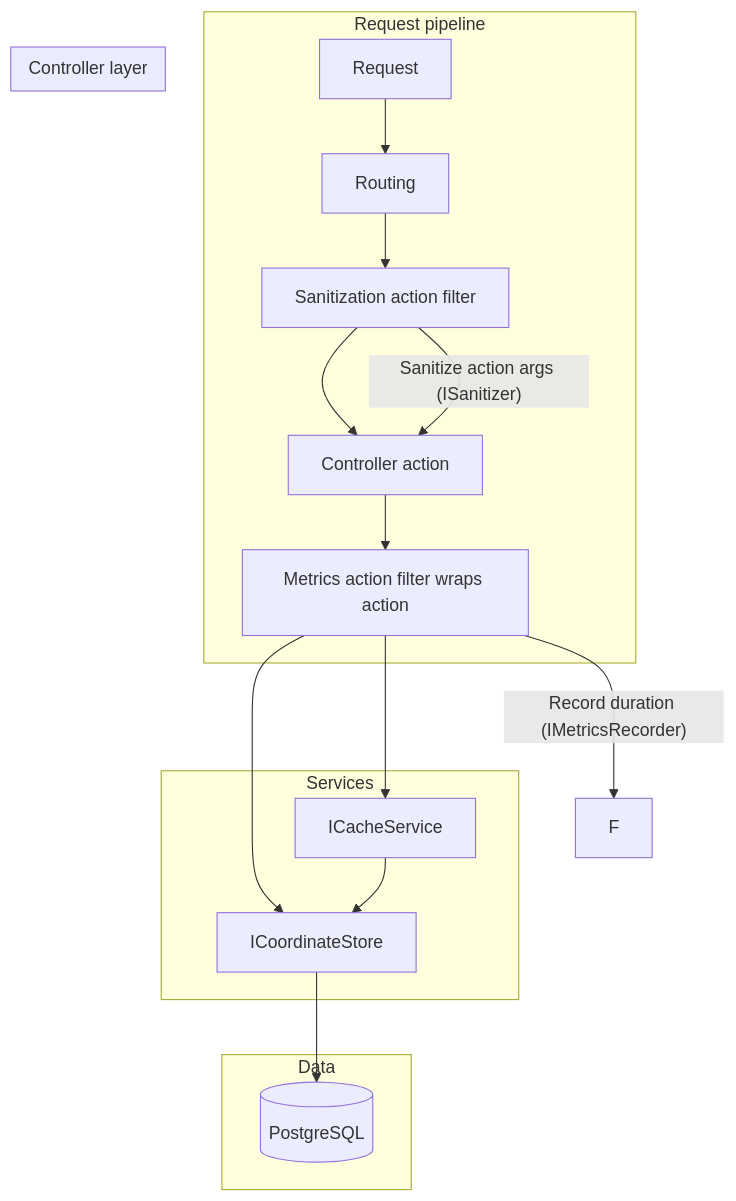
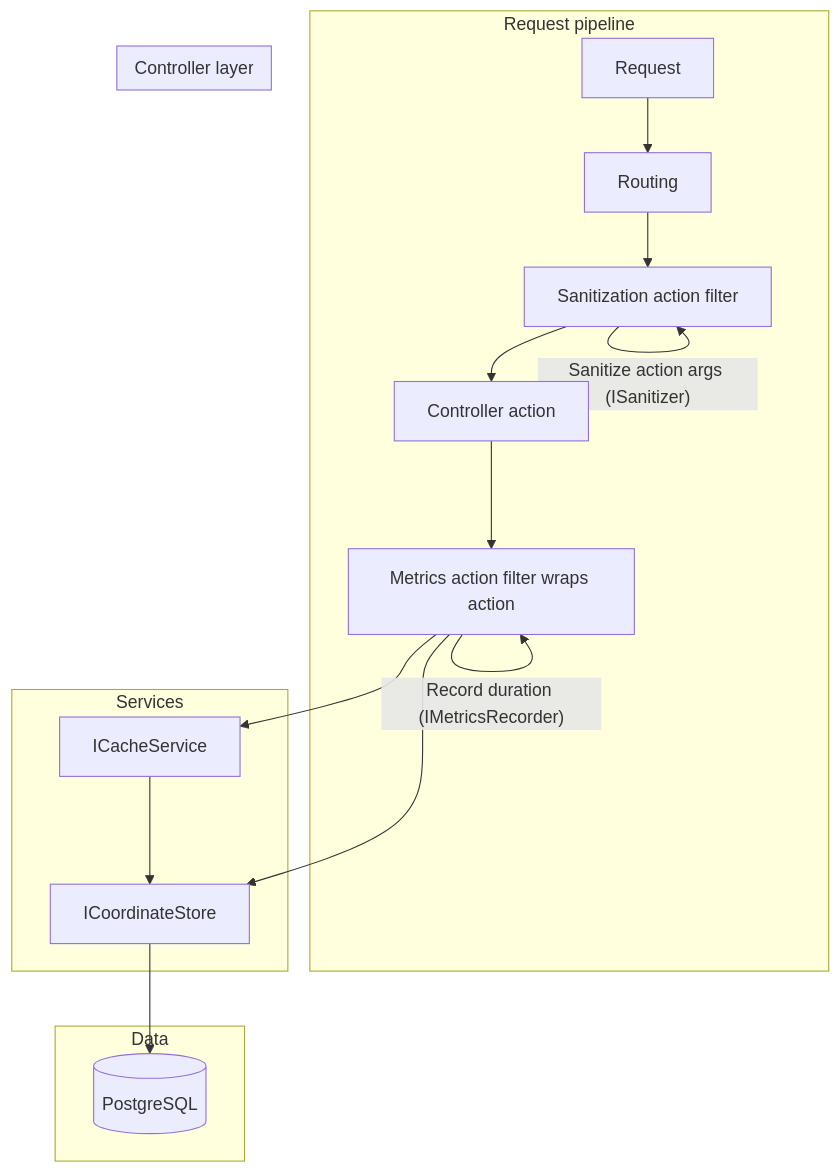
One commit to CAFIncorporated/robot_agi_monster_trucks changed the second of 4 diagrams in docs/architecture/flow_diagram.md. Above: the diagram before and after it, drawn with Mermaid.

Commit message:
self ref

````diff
--- a/docs/architecture/flow_diagram.md
+++ b/docs/architecture/flow_diagram.md
@@ -60,30 +60,30 @@
 ```mermaid
 flowchart TB
     subgraph Request["Request pipeline"]
         A[Request] --> B[Routing]
         B --> C[Sanitization action filter]
         C --> D[Controller action]
         D --> E[Metrics action filter wraps action]
     end
 
     subgraph Controller["Controller layer"]
         D
     end
 
     subgraph Services["Services"]
         G[ICacheService]
         H[ICoordinateStore]
     end
 
     subgraph Data["Data"]
         I[(PostgreSQL)]
     end
 
     E --> G
     E --> H
     G --> H
     H --> I
 
-    C --> |"Sanitize action args (ISanitizer)"| D
-    E --> |"Record duration (IMetricsRecorder)"| F
+    C --> |"Sanitize action args (ISanitizer)"| C
+    E --> |"Record duration (IMetricsRecorder)"| E
 ```
````
